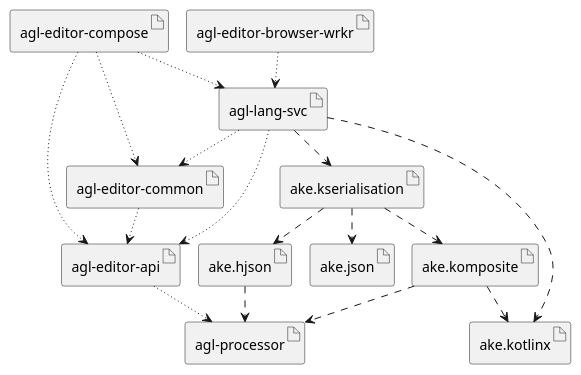
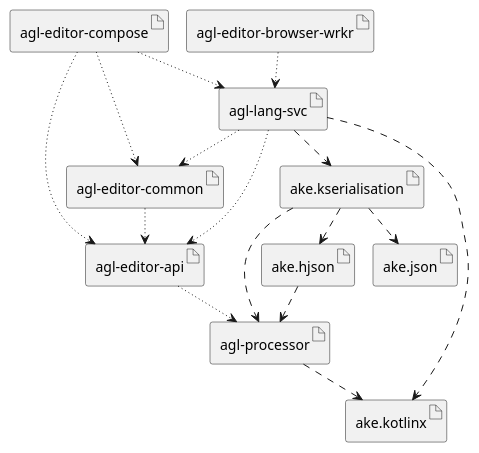
The diagram in net.akehurst.language.editor/_architecture/dependencies.puml (dhakehurst/net.akehurst.language.editor), drawn with PlantUML before and after one commit. The commit also changed 37 other files, not shown here.

```diff
--- a/net.akehurst.language.editor/_architecture/dependencies.puml
+++ b/net.akehurst.language.editor/_architecture/dependencies.puml
@@ -1,42 +1,41 @@
 @startuml
 !pragma layout smetana
 
 artifact "agl-editor-api" as ed_api
 artifact "agl-editor-common" as ed_com
 artifact "agl-lang-svc" as lang_svc
 artifact "agl-editor-compose" as ed_compose
 
 artifact "agl-editor-browser-wrkr" as brws_wrkr
 
 artifact "agl-processor" as agl_proc
 artifact "ake.hjson" as hjson
 artifact "ake.json" as json
 
 artifact "ake.kserialisation" as kserialisation
-artifact "ake.komposite" as komposite
 artifact "ake.kotlinx" as kotlinx
 
 
 ed_api -[dotted]-> agl_proc
 ed_com -[dotted]-> ed_api
 
 lang_svc -[dotted]-> ed_api
 lang_svc -[dotted]-> ed_com
 lang_svc -[dashed]-> kotlinx
 lang_svc -[dashed]-> kserialisation
 
 ed_compose -[dotted]-> ed_api
 ed_compose -[dotted]-> ed_com
 ed_compose -[dotted]-> lang_svc
 
 brws_wrkr -[dotted]-> lang_svc
 
 
-kserialisation -[dashed]-> komposite
+kserialisation -[dashed]-> agl_proc
 kserialisation -[dashed]-> hjson
 kserialisation -[dashed]-> json
-komposite -[dashed]-> kotlinx
-komposite -[dashed]-> agl_proc
+agl_proc -[dashed]-> kotlinx
+
 hjson -[dashed]-> agl_proc
 
 @enduml
```
